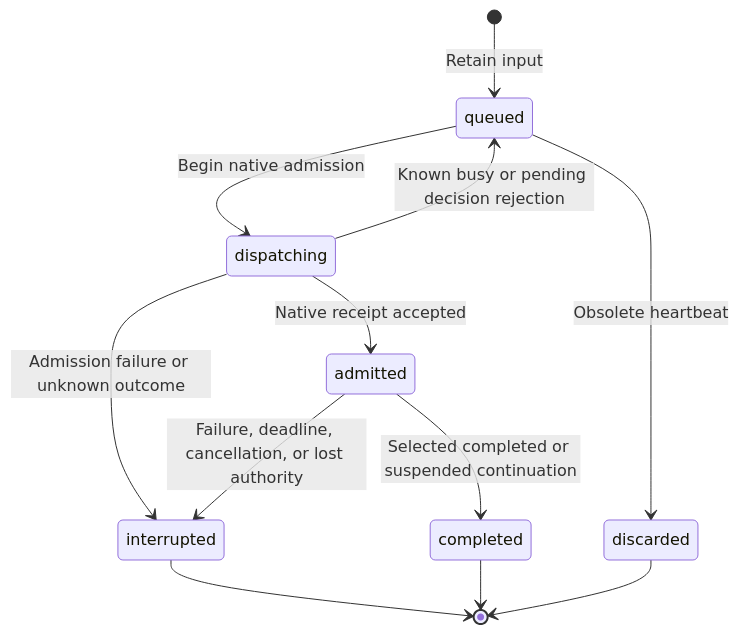
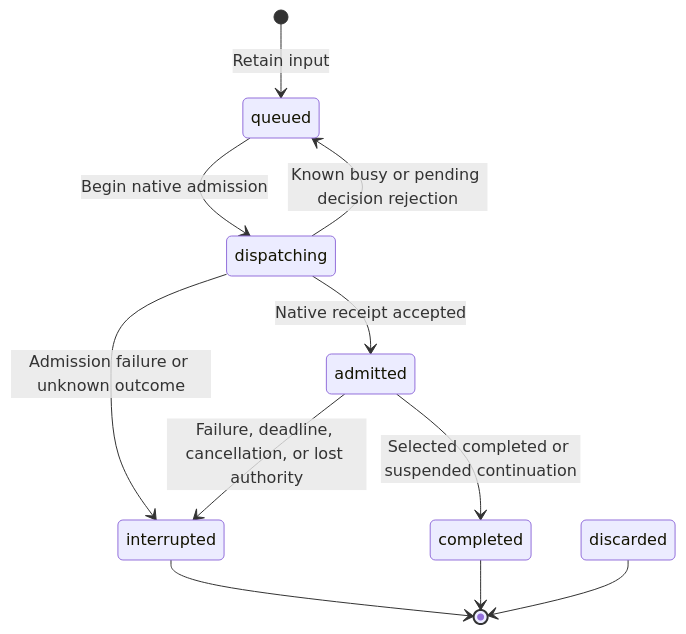
The diagram in spec/a13n-harness-ui/12-bot-and-connector-ingress.md (converge-ai-labs/agent-foundation), drawn with Mermaid before and after one commit. The commit also changed other lines of this file and 34 other files, not shown here.

````diff
--- a/spec/a13n-harness-ui/12-bot-and-connector-ingress.md
+++ b/spec/a13n-harness-ui/12-bot-and-connector-ingress.md
@@ -49,14 +60,13 @@
 ```mermaid
 stateDiagram-v2
     [*] --> queued: Retain input
     queued --> dispatching: Begin native admission
     dispatching --> admitted: Native receipt accepted
     dispatching --> queued: Known busy or pending decision rejection
     dispatching --> interrupted: Admission failure or unknown outcome
     admitted --> completed: Selected completed or suspended continuation
     admitted --> interrupted: Failure, deadline, cancellation, or lost authority
-    queued --> discarded: Obsolete heartbeat
     interrupted --> [*]
     completed --> [*]
     discarded --> [*]
 ```
````
